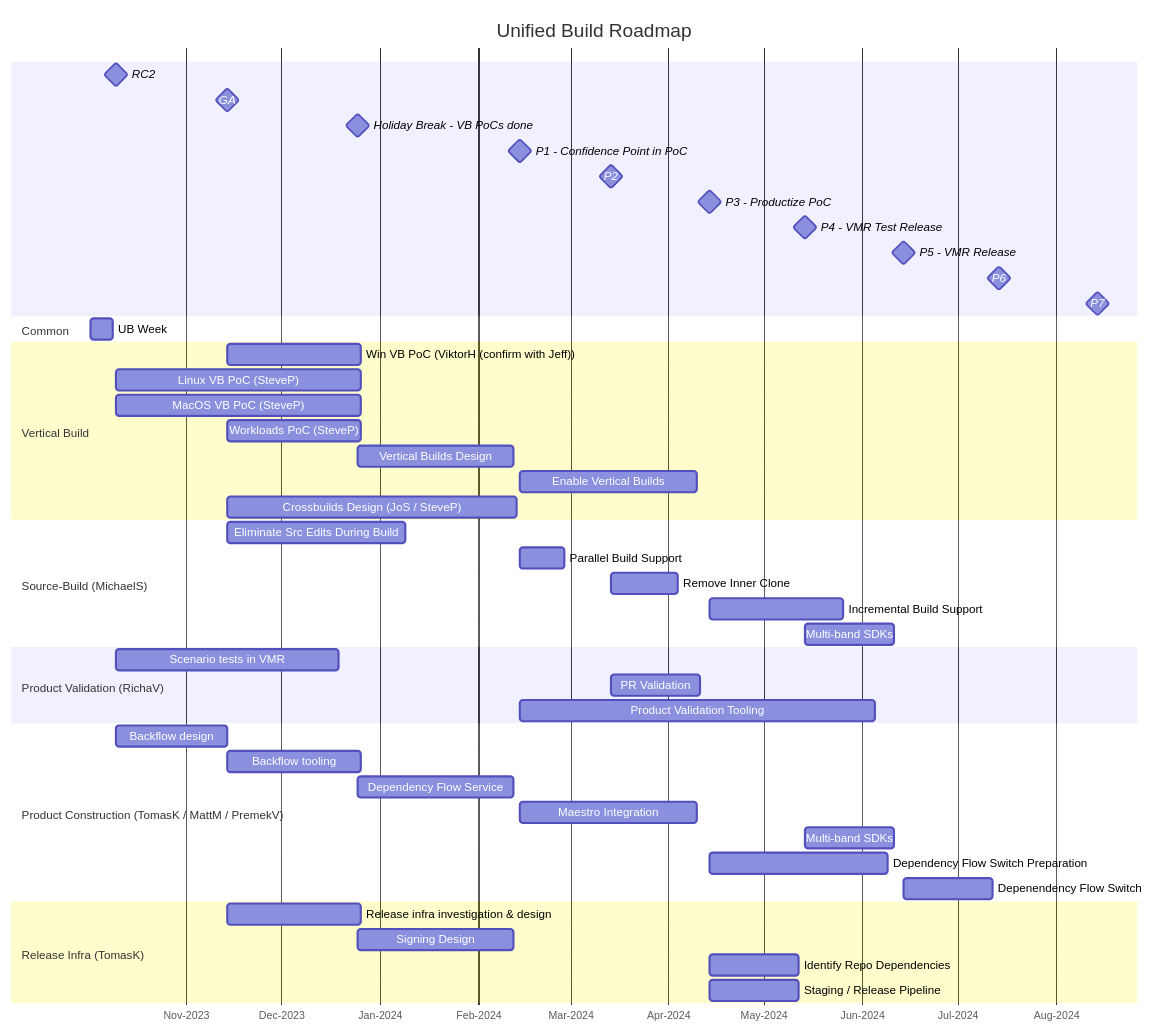
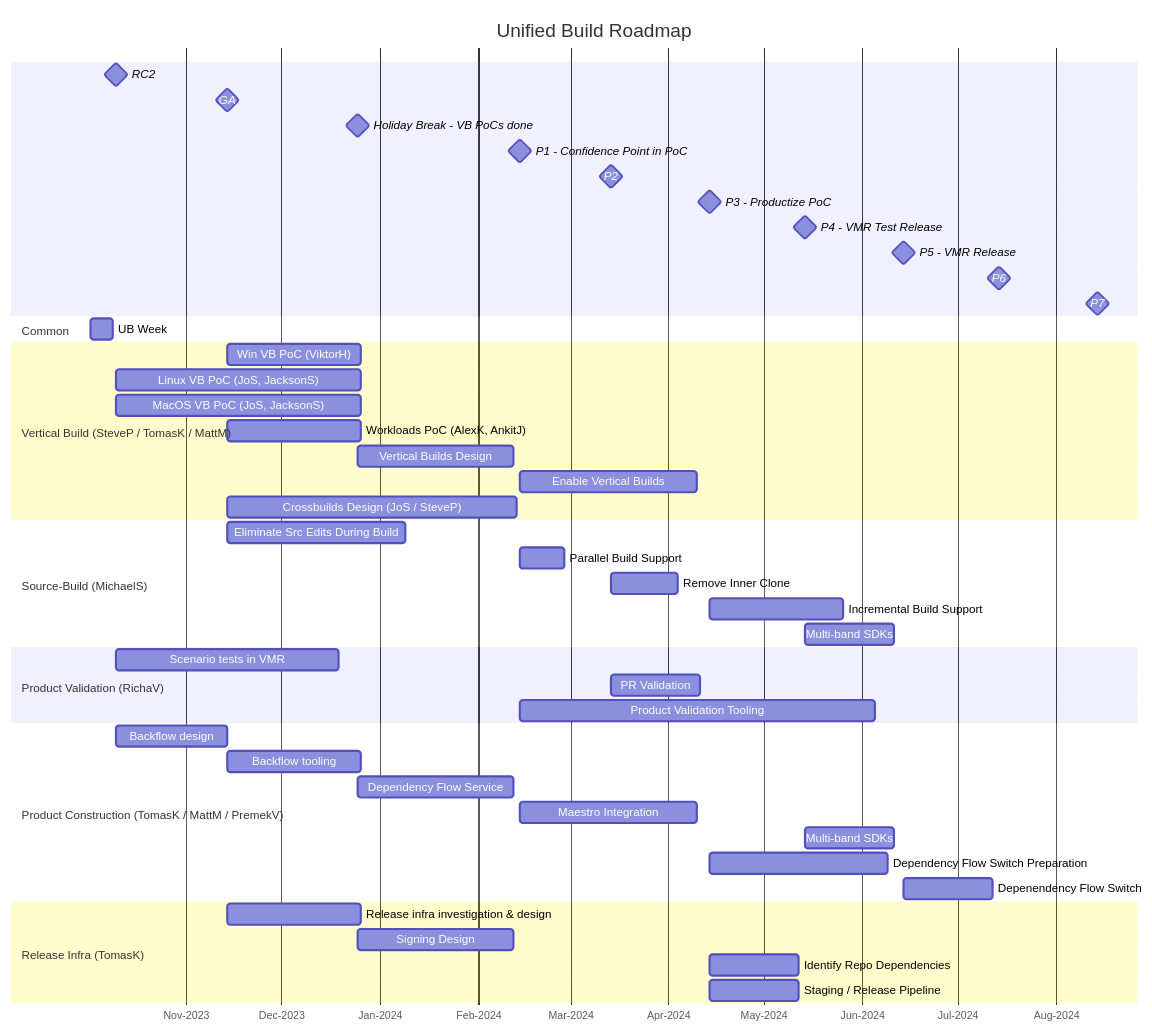
One commit to dotnet/arcade changed the diagram in Documentation/UnifiedBuild/UB-Roadmap.md. Above: the diagram before and after it, drawn with Mermaid.

Commit message:
Updating owners of the individual UB tasks

````diff
--- a/Documentation/UnifiedBuild/UB-Roadmap.md
+++ b/Documentation/UnifiedBuild/UB-Roadmap.md
@@ -3,56 +3,56 @@
 ```mermaid
 gantt
     title Unified Build Roadmap
     axisFormat %b-%Y
     RC2: milestone, net8-rc2, 2023-10-10, 0
     GA: milestone, net8-ga, 2023-11-14, 0
     Holiday Break - VB PoCs done: milestone, holiday, 2023-12-25, 0
     %% delta between Holiday and P1 is 7w
     P1 - Confidence Point in PoC: milestone, net9-p1, 2024-02-14, 0
     P2: milestone, net9-p2, 2024-03-14, 0
     P3 - Productize PoC: milestone, net9-p3, 2024-04-14, 0
     P4 - VMR Test Release: milestone, net9-p4, 2024-05-14, 0
     P5 - VMR Release: milestone, net9-p5, 2024-06-14, 0
     P6: milestone, net9-p6, 2024-07-14, 0
     P7: milestone, net9-p7, 2024-08-14, 0
  
     section Common
         UB Week: ub-week, 2023-10-02, 1w
 
-    section Vertical Build
-        Win VB PoC (ViktorH (confirm with Jeff)): after net8-ga, 6w
-        Linux VB PoC (SteveP): after net8-rc2, 11w
-        MacOS VB PoC (SteveP): after net8-rc2, 11w
-        Workloads PoC (SteveP): after net8-ga, 6w
+    section Vertical Build (SteveP / TomasK / MattM)
+        Win VB PoC (ViktorH): after net8-ga, 6w
+        Linux VB PoC (JoS, JacksonS): after net8-rc2, 11w
+        MacOS VB PoC (JoS, JacksonS): after net8-rc2, 11w
+        Workloads PoC (AlexK, AnkitJ): after net8-ga, 6w
         Vertical Builds Design: after holiday, 7w
         Enable Vertical Builds: after net9-p1, 8w
         Crossbuilds Design (JoS / SteveP): after net8-ga, 13w
 
     section Source-Build (MichaelS)
         Eliminate Src Edits During Build: after net8-ga, 8w
         Parallel Build Support: after net9-p1, 2w
         Remove Inner Clone: after net9-p2, 3w
         Incremental Build Support: after net9-p3, 6w
         Multi-band SDKs: after net9-p4, 4w
 
     section Product Validation (RichaV)
         Scenario tests in VMR: after net8-rc2, 10w
         PR Validation: after net9-p2, 4w
         Product Validation Tooling: after net9-p1, 16w
 
     section Product Construction (TomasK / MattM / PremekV)
         Backflow design: after net8-rc2, 5w
         Backflow tooling: after net8-ga, 6w
         Dependency Flow Service: after holiday, 7w
         Maestro Integration: after net9-p1, 8w
 
         Multi-band SDKs: after net9-p4, 4w
         Dependency Flow Switch Preparation: after net9-p3, 8w
         Depenendency Flow Switch: after net9-p5, 4w
 
     section Release Infra (TomasK)
         Release infra investigation & design: after net8-ga, 6w
         Signing Design: after holiday, 7w
         Identify Repo Dependencies: after net9-p3, 4w
         Staging / Release Pipeline: after net9-p3, 4w
 ```
````
